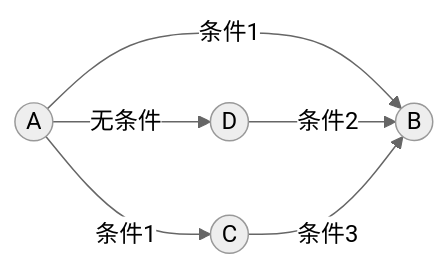
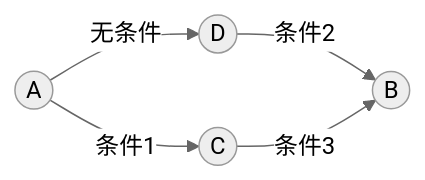
One commit to caoaolong/coding-soul-docs changed the first of 8 diagrams in docs/26.正则和无限状态机.md. Above: the diagram before and after it, drawn with Mermaid (neutral theme). The commit also changed 2 other files, not shown here.

Commit message:
括号和字符检查

````diff
--- a/docs/26.正则和无限状态机.md
+++ b/docs/26.正则和无限状态机.md
@@ -3,8 +3,7 @@
 ```mermaid
 graph LR;
-A((A)) -- "条件1" --> B((B))
-A -- "条件1" --> C((C))
+A((A)) -- "条件1" --> C((C))
 A -- "无条件" --> D((D))
-D -- "条件2" --> B
+D -- "条件2" --> B((B))
 C -- "条件3" --> B
 ```
````
